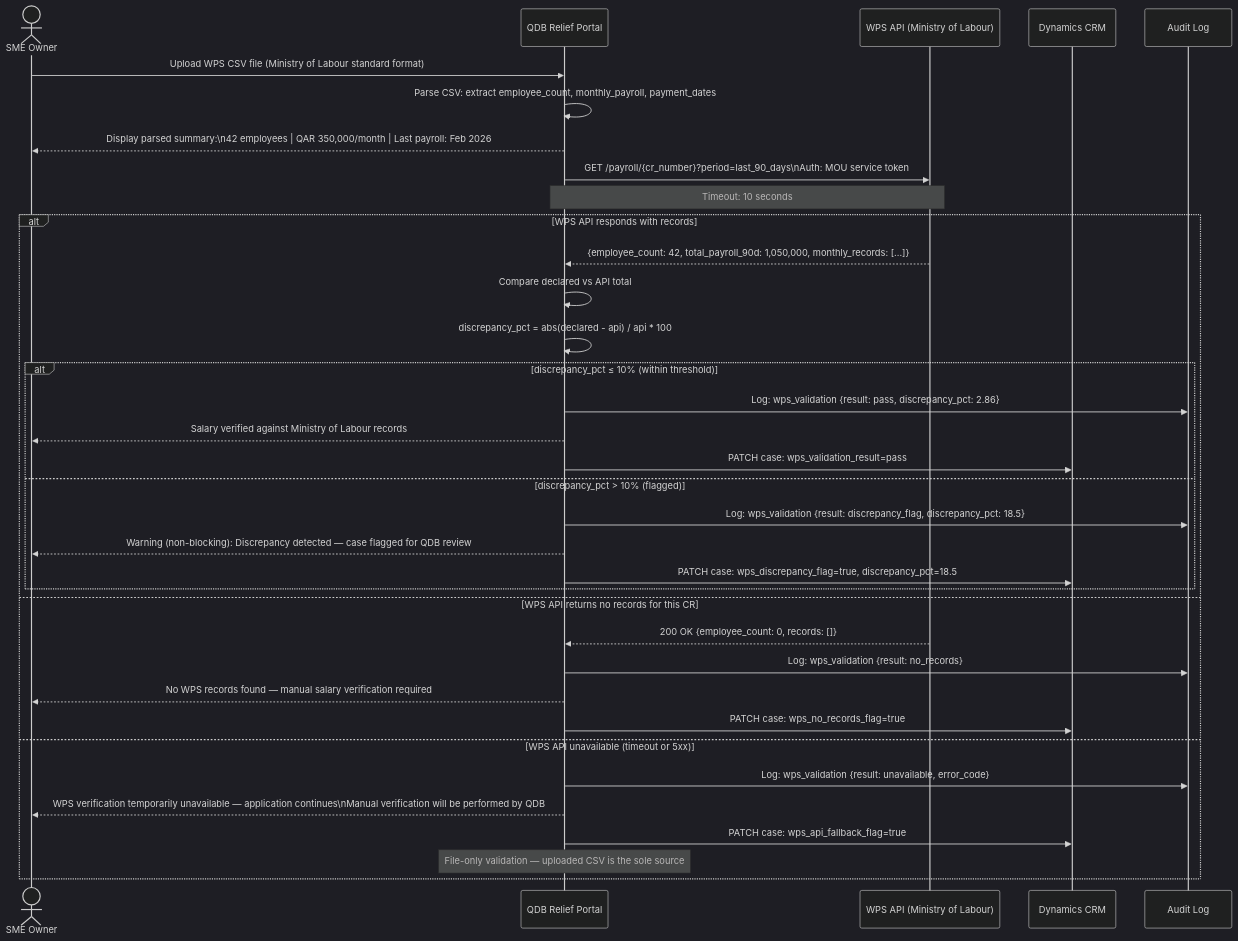
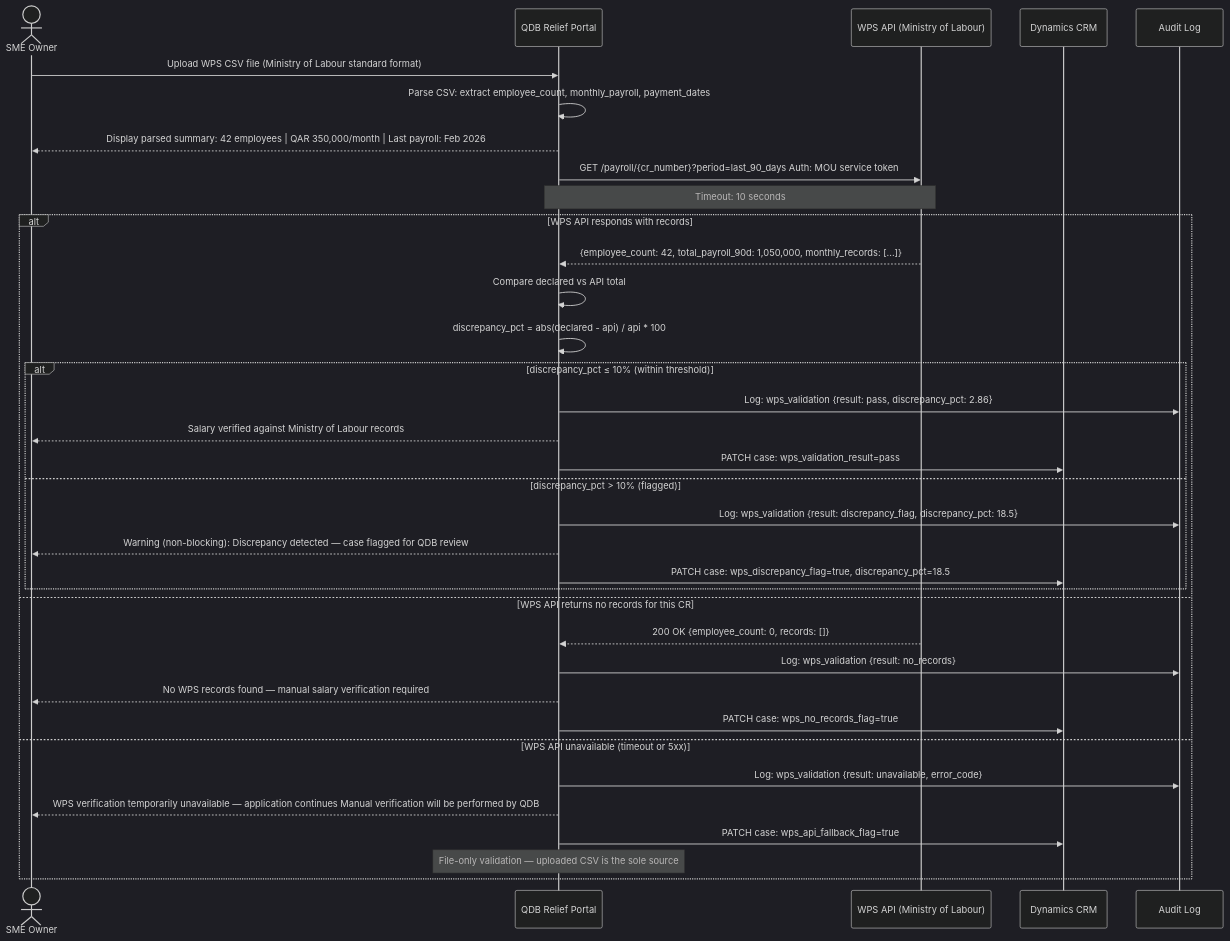
The first of 3 diagrams in products/qdb-sme-relief/docs/ADRs/ADR-003-wps-validation.md (Tamoura/Claude-Code-creates-the-SW-company), drawn with Mermaid (dark theme) before and after one commit. The commit also changed other lines of this file and 4 other files, not shown here.

First line of the commit message:
fix(qdb-sme-relief): fix literal \n in Mermaid diagrams across all new docs

````diff
--- a/products/qdb-sme-relief/docs/ADRs/ADR-003-wps-validation.md
+++ b/products/qdb-sme-relief/docs/ADRs/ADR-003-wps-validation.md
@@ -53,45 +53,45 @@
 ```mermaid
 sequenceDiagram
     actor SME as SME Owner
     participant Portal as QDB Relief Portal
     participant WPS as WPS API (Ministry of Labour)
     participant CRM as Dynamics CRM
     participant Audit as Audit Log
 
     SME->>Portal: Upload WPS CSV file (Ministry of Labour standard format)
     Portal->>Portal: Parse CSV: extract employee_count, monthly_payroll, payment_dates
-    Portal-->>SME: Display parsed summary:\n42 employees | QAR 350,000/month | Last payroll: Feb 2026
+    Portal-->>SME: Display parsed summary: 42 employees | QAR 350,000/month | Last payroll: Feb 2026
 
-    Portal->>WPS: GET /payroll/{cr_number}?period=last_90_days\nAuth: MOU service token
+    Portal->>WPS: GET /payroll/{cr_number}?period=last_90_days Auth: MOU service token
     Note over Portal,WPS: Timeout: 10 seconds
 
     alt WPS API responds with records
         WPS-->>Portal: {employee_count: 42, total_payroll_90d: 1,050,000, monthly_records: [...]}
         Portal->>Portal: Compare declared vs API total
         Portal->>Portal: discrepancy_pct = abs(declared - api) / api * 100
 
         alt discrepancy_pct ≤ 10% (within threshold)
             Portal->>Audit: Log: wps_validation {result: pass, discrepancy_pct: 2.86}
             Portal-->>SME: Salary verified against Ministry of Labour records
             Portal->>CRM: PATCH case: wps_validation_result=pass
 
         else discrepancy_pct > 10% (flagged)
             Portal->>Audit: Log: wps_validation {result: discrepancy_flag, discrepancy_pct: 18.5}
             Portal-->>SME: Warning (non-blocking): Discrepancy detected — case flagged for QDB review
             Portal->>CRM: PATCH case: wps_discrepancy_flag=true, discrepancy_pct=18.5
 
         end
 
     else WPS API returns no records for this CR
         WPS-->>Portal: 200 OK {employee_count: 0, records: []}
         Portal->>Audit: Log: wps_validation {result: no_records}
         Portal-->>SME: No WPS records found — manual salary verification required
         Portal->>CRM: PATCH case: wps_no_records_flag=true
 
     else WPS API unavailable (timeout or 5xx)
         Portal->>Audit: Log: wps_validation {result: unavailable, error_code}
-        Portal-->>SME: WPS verification temporarily unavailable — application continues\nManual verification will be performed by QDB
+        Portal-->>SME: WPS verification temporarily unavailable — application continues Manual verification will be performed by QDB
         Portal->>CRM: PATCH case: wps_api_fallback_flag=true
         Note over Portal: File-only validation — uploaded CSV is the sole source
     end
 ```
````
